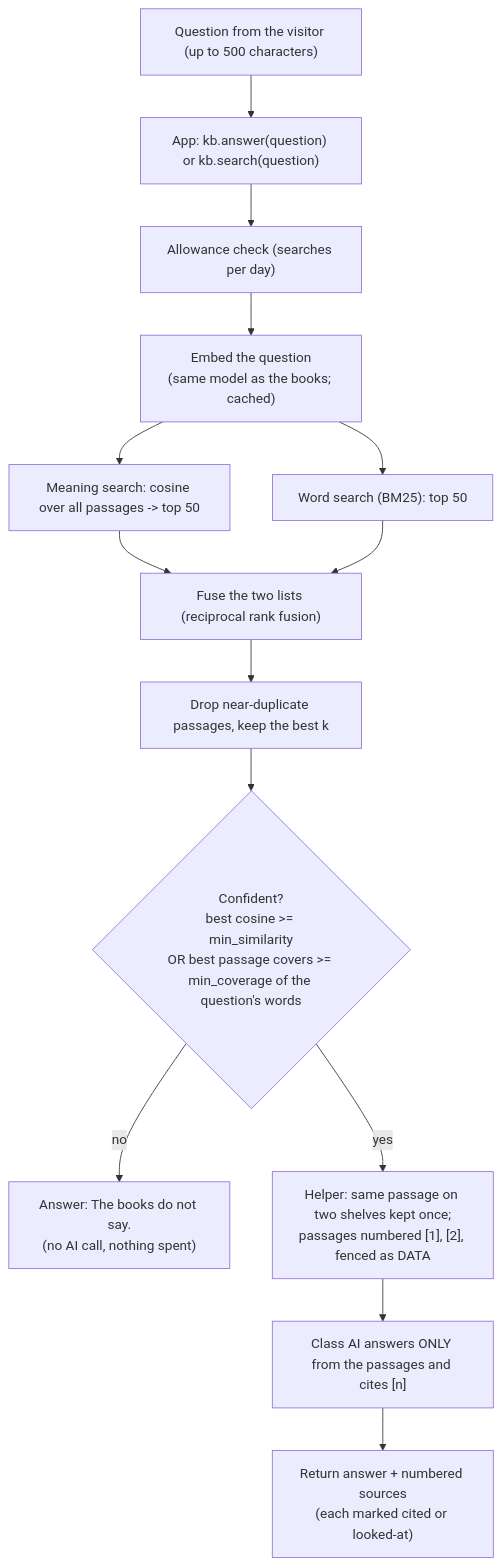
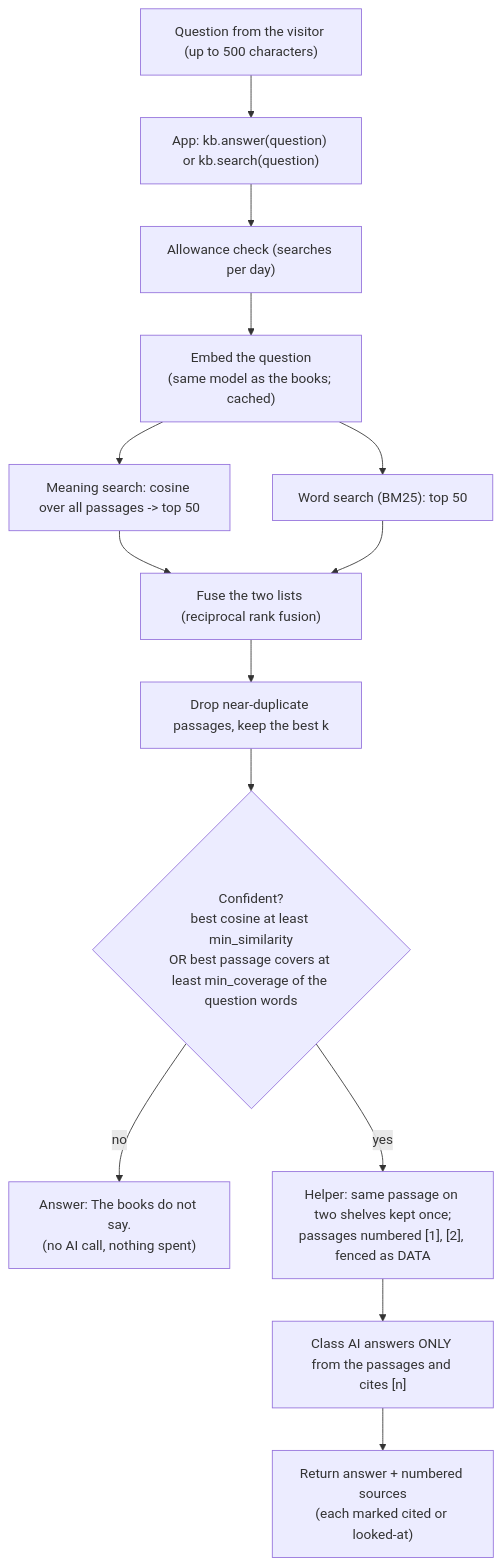
Before and after one commit to abhtft/class-hosting-platform: the third of 4 diagrams in docs/RAG_GUIDE.md, drawn with Mermaid. The commit also changed other lines of this file and 12 other files, not shown here.

Commit message:
Docs: agent guide (approaches, architecture, one run step by step, guardrails, human approval, where every setting lives, time and cost, security, lessons from live tests, not built); RAG and agent guides now go through the diagram pipeline so their workflows show as images on GitHub

````diff
--- a/docs/RAG_GUIDE.md
+++ b/docs/RAG_GUIDE.md
@@ -84,16 +105,16 @@
 ```mermaid
 flowchart TD
     Q["Question from the visitor (up to 500 characters)"] --> A["App: kb.answer(question) or kb.search(question)"]
     A --> B["Allowance check (searches per day)"]
     B --> C["Embed the question<br/>(same model as the books; cached)"]
     C --> D1["Meaning search: cosine over all passages -> top 50"]
     C --> D2["Word search (BM25): top 50"]
     D1 --> E["Fuse the two lists (reciprocal rank fusion)"]
     D2 --> E
     E --> F["Drop near-duplicate passages, keep the best k"]
-    F --> G{"Confident?<br/>best cosine >= min_similarity<br/>OR best passage covers >= min_coverage of the question's words"}
+    F --> G{"Confident?<br/>best cosine at least min_similarity<br/>OR best passage covers at least min_coverage of the question words"}
     G -- "no" --> R["Answer: The books do not say.<br/>(no AI call, nothing spent)"]
     G -- "yes" --> H["Helper: same passage on two shelves kept once;<br/>passages numbered [1], [2], fenced as DATA"]
     H --> I["Class AI answers ONLY from the passages and cites [n]"]
     I --> J["Return answer + numbered sources<br/>(each marked cited or looked-at)"]
 ```
````
